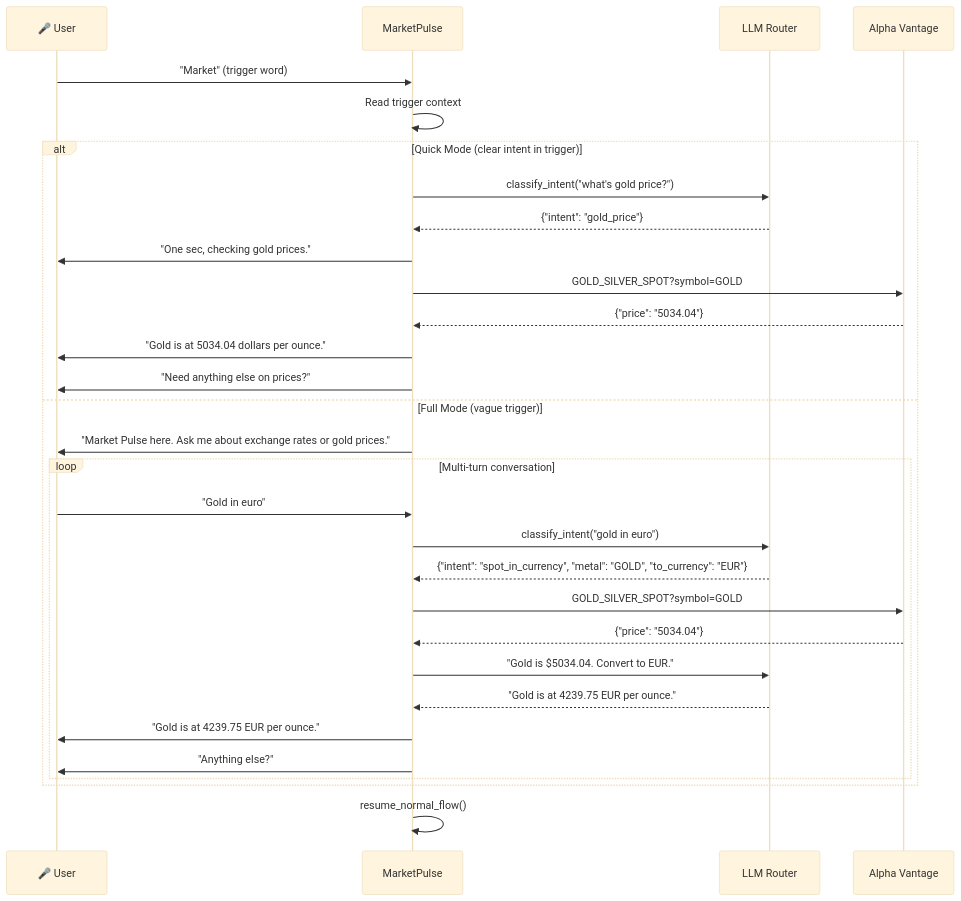
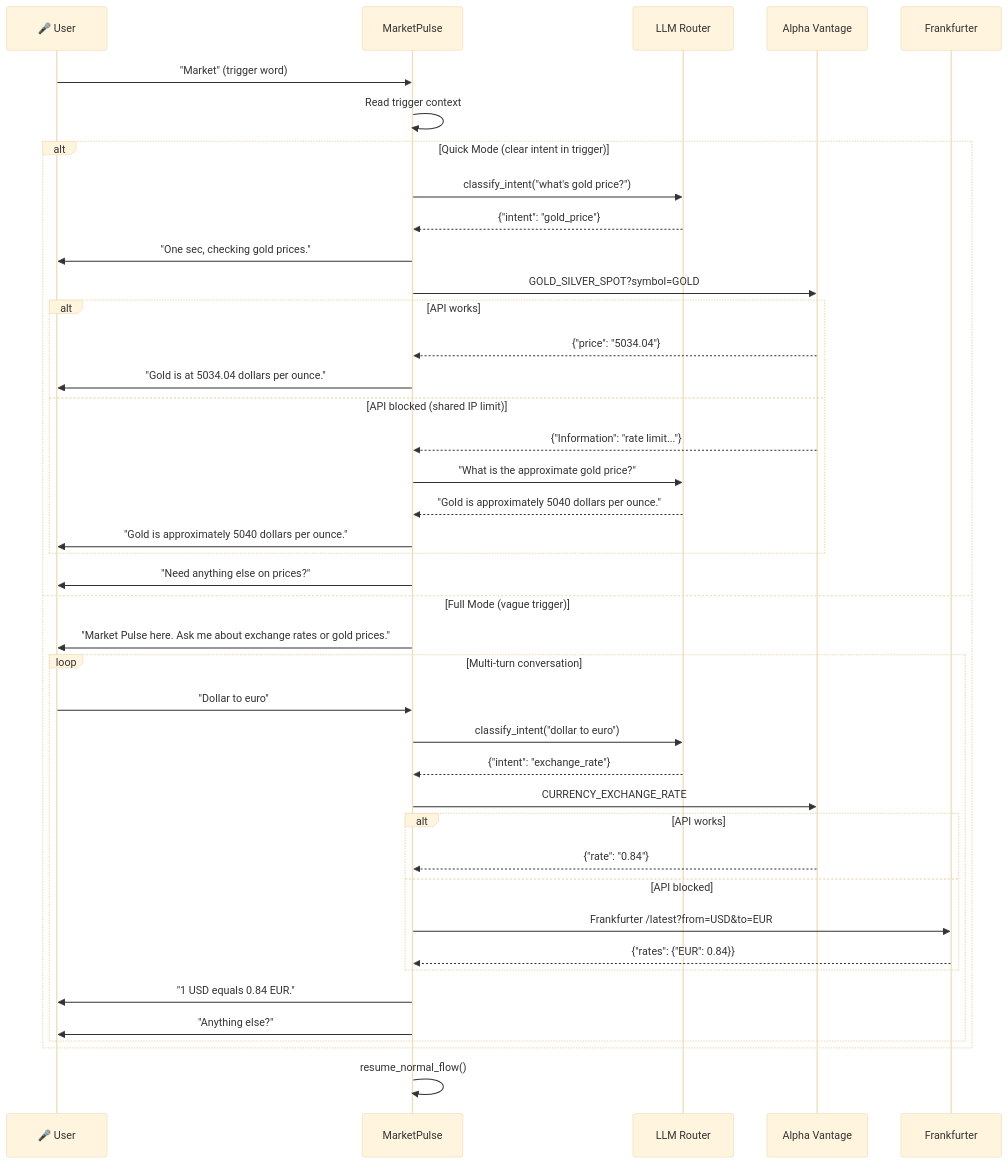
Before and after one commit to openhome-dev/abilities: the second of 2 diagrams in community/marketplus/README.md, drawn with Mermaid (base theme). The commit also changed other lines of this file and 1 other file, not shown here.

Commit message:
feat: add 3-tier API fallback and fix exit detection
- Add Frankfurter API as fallback for currency exchange rates
  (free, no API key, no rate limit)
- Add LLM fallback for all endpoints when APIs are unavailable
- Fix _is_exit() false-positive bug: substring match on "no" was
  triggering exit on words like "know" — now uses whole-word matching
- Fix broken regex: double-escaped \\b was silently disabling all
  exit detection
- Remove debug logging, re-enable API limit checks
- Update README with 3-tier architecture diagrams and shared-IP note

````diff
--- a/community/marketplus/README.md
+++ b/community/marketplus/README.md
@@ -66,35 +66,46 @@
 ```mermaid
 sequenceDiagram
     participant U as 🎤 User
     participant MP as MarketPulse
     participant LLM as LLM Router
-    participant API as Alpha Vantage
+    participant AV as Alpha Vantage
+    participant FK as Frankfurter
 
     U->>MP: "Market" (trigger word)
     MP->>MP: Read trigger context
     
     alt Quick Mode (clear intent in trigger)
         MP->>LLM: classify_intent("what's gold price?")
         LLM-->>MP: {"intent": "gold_price"}
         MP->>U: "One sec, checking gold prices."
-        MP->>API: GOLD_SILVER_SPOT?symbol=GOLD
-        API-->>MP: {"price": "5034.04"}
-        MP->>U: "Gold is at 5034.04 dollars per ounce."
+        MP->>AV: GOLD_SILVER_SPOT?symbol=GOLD
+        alt API works
+            AV-->>MP: {"price": "5034.04"}
+            MP->>U: "Gold is at 5034.04 dollars per ounce."
+        else API blocked (shared IP limit)
+            AV-->>MP: {"Information": "rate limit..."}
+            MP->>LLM: "What is the approximate gold price?"
+            LLM-->>MP: "Gold is approximately 5040 dollars per ounce."
+            MP->>U: "Gold is approximately 5040 dollars per ounce."
+        end
         MP->>U: "Need anything else on prices?"
     else Full Mode (vague trigger)
         MP->>U: "Market Pulse here. Ask me about exchange rates or gold prices."
         loop Multi-turn conversation
-            U->>MP: "Gold in euro"
-            MP->>LLM: classify_intent("gold in euro")
-            LLM-->>MP: {"intent": "spot_in_currency", "metal": "GOLD", "to_currency": "EUR"}
-            MP->>API: GOLD_SILVER_SPOT?symbol=GOLD
-            API-->>MP: {"price": "5034.04"}
-            MP->>LLM: "Gold is $5034.04. Convert to EUR."
-            LLM-->>MP: "Gold is at 4239.75 EUR per ounce."
-            MP->>U: "Gold is at 4239.75 EUR per ounce."
+            U->>MP: "Dollar to euro"
+            MP->>LLM: classify_intent("dollar to euro")
+            LLM-->>MP: {"intent": "exchange_rate"}
+            MP->>AV: CURRENCY_EXCHANGE_RATE
+            alt API works
+                AV-->>MP: {"rate": "0.84"}
+            else API blocked
+                MP->>FK: Frankfurter /latest?from=USD&to=EUR
+                FK-->>MP: {"rates": {"EUR": 0.84}}
+            end
+            MP->>U: "1 USD equals 0.84 EUR."
             MP->>U: "Anything else?"
         end
     end
     
     MP->>MP: resume_normal_flow()
 ```
````
